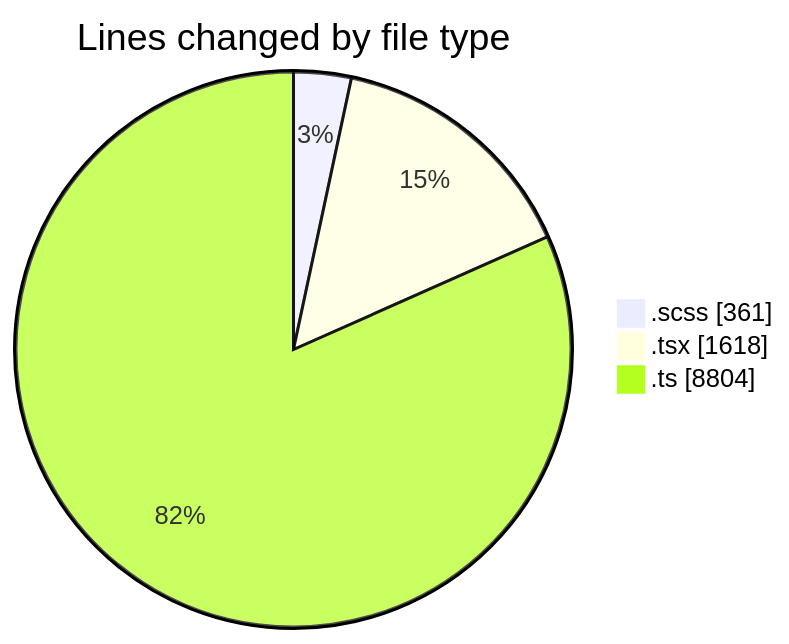
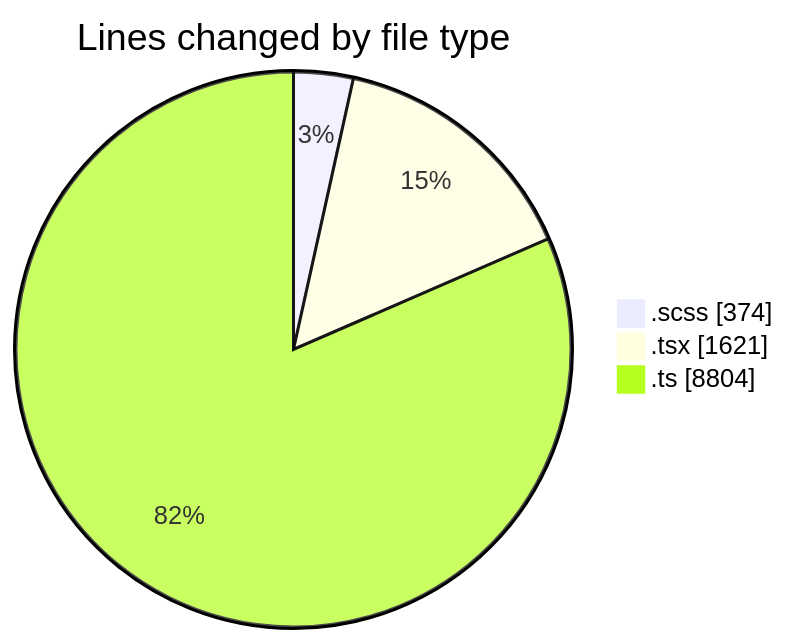
Before and after one commit to momahboobian/code-tracking: the first of 2 diagrams in 2025-03-04/cda/README.md, drawn with Mermaid. The commit also changed other lines of this file and 1 other file, not shown here.

````diff
--- a/2025-03-04/cda/README.md
+++ b/2025-03-04/cda/README.md
@@ -38,7 +38,7 @@
 ```mermaid
 pie showData
 title Lines changed by file type
-".scss" : 361
-".tsx" : 1618
+".scss" : 374
+".tsx" : 1621
 ".ts" : 8804
 ```
````
